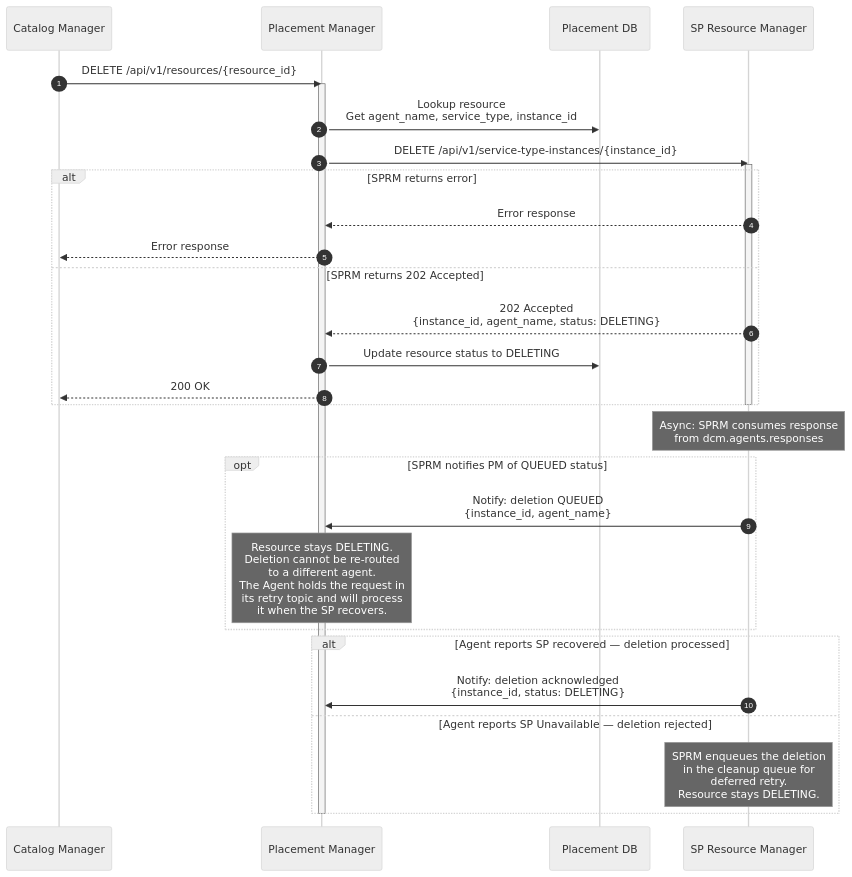
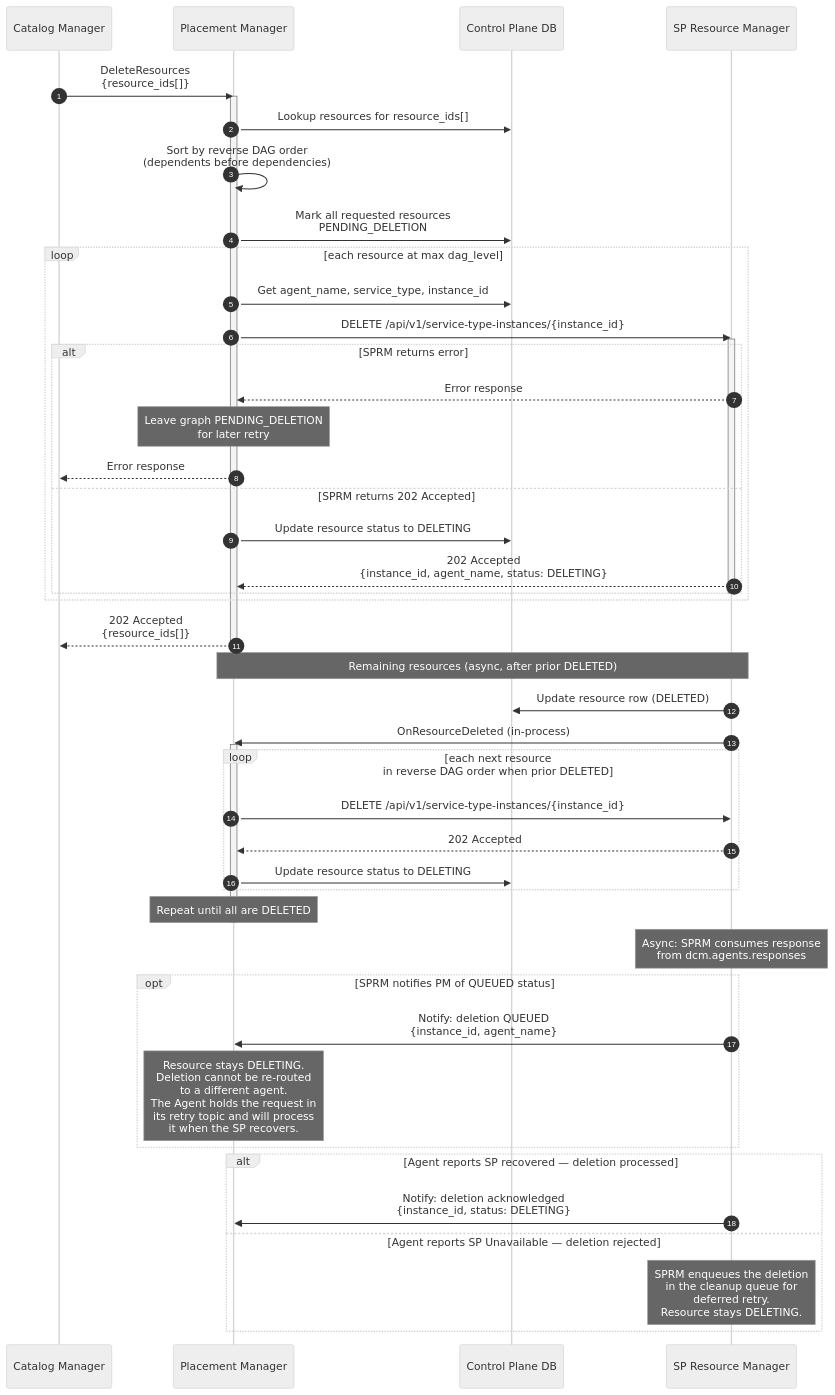
One commit to dcm-project/enhancements changed the third of 3 diagrams in enhancements/placement-manager/placement-manager.md. Above: the diagram before and after it, drawn with Mermaid (neutral theme). The commit also changed other lines of this file and 1 other file, not shown here.

First line of the commit message:
Update placement for multi-resource support (#85)

````diff
--- a/enhancements/placement-manager/placement-manager.md
+++ b/enhancements/placement-manager/placement-manager.md
@@ -510,40 +673,63 @@
 ```mermaid
 sequenceDiagram
     autonumber
     participant CM as Catalog Manager
     participant PM as Placement Manager
-    participant DB as Placement DB
+    participant DB as Control Plane DB
     participant SPRM as SP Resource Manager
 
-    CM->>PM: DELETE /api/v1/resources/{resource_id}
+    CM->>PM: DeleteResources<br/>{resource_ids[]}
     activate PM
 
-    PM->>DB: Lookup resource<br/>Get agent_name, service_type, instance_id
+    PM->>DB: Lookup resources for resource_ids[]
+    PM->>PM: Sort by reverse DAG order<br/>(dependents before dependencies)
 
-    PM->>SPRM: DELETE /api/v1/service-type-instances/{instance_id}
-    activate SPRM
+    PM->>DB: Mark all requested resources<br/>PENDING_DELETION
 
-    alt SPRM returns error
-        SPRM-->>PM: Error response
-        PM-->>CM: Error response
-    else SPRM returns 202 Accepted
-        SPRM-->>PM: 202 Accepted<br/>{instance_id, agent_name, status: DELETING}
+    loop each resource at max dag_level
+        PM->>DB: Get agent_name, service_type, instance_id
+        PM->>SPRM: DELETE /api/v1/service-type-instances/{instance_id}
+        activate SPRM
+
+        alt SPRM returns error
+            SPRM-->>PM: Error response
+            Note over PM: Leave graph PENDING_DELETION<br/>for later retry
+            PM-->>CM: Error response
+        else SPRM returns 202 Accepted
+            PM->>DB: Update resource status to DELETING
+            SPRM-->>PM: 202 Accepted<br/>{instance_id, agent_name, status: DELETING}
+        end
+        deactivate SPRM
+    end
+
+    PM-->>CM: 202 Accepted<br/>{resource_ids[]}
+    deactivate PM
+
+    Note over SPRM,PM: Remaining resources (async, after prior DELETED)
+
+    SPRM->>DB: Update resource row (DELETED)
+    SPRM->>PM: OnResourceDeleted (in-process)
+    activate PM
+
+    loop each next resource<br/>in reverse DAG order when prior DELETED
+        PM->>SPRM: DELETE /api/v1/service-type-instances/{instance_id}
+        SPRM-->>PM: 202 Accepted
         PM->>DB: Update resource status to DELETING
-        PM-->>CM: 200 OK
     end
-    deactivate SPRM
+
+    Note over PM: Repeat until all are DELETED
+    deactivate PM
 
     Note over SPRM: Async: SPRM consumes response<br/>from dcm.agents.responses
 
     opt SPRM notifies PM of QUEUED status
         SPRM->>PM: Notify: deletion QUEUED<br/>{instance_id, agent_name}
         Note over PM: Resource stays DELETING.<br/>Deletion cannot be re-routed<br/>to a different agent.<br/>The Agent holds the request in<br/>its retry topic and will process<br/>it when the SP recovers.
     end
 
     alt Agent reports SP recovered — deletion processed
         SPRM->>PM: Notify: deletion acknowledged<br/>{instance_id, status: DELETING}
     else Agent reports SP Unavailable — deletion rejected
         Note over SPRM: SPRM enqueues the deletion<br/>in the cleanup queue for<br/>deferred retry.<br/>Resource stays DELETING.
     end
-    deactivate PM
 ```
````
